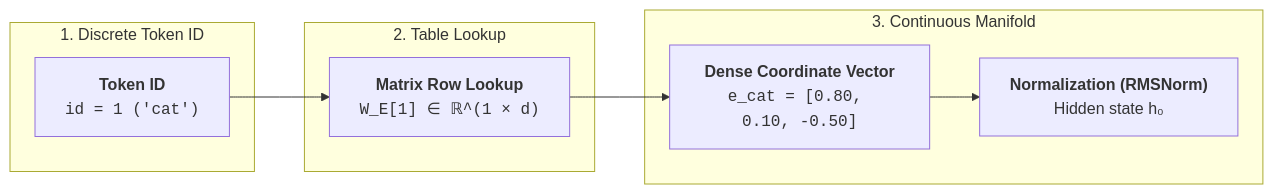
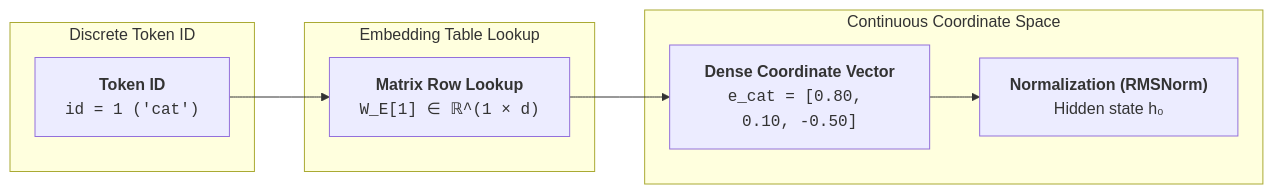
The diagram in content/foundations/embeddings.md (shotsan/llmnerd), drawn with Mermaid before and after one commit. The commit also changed 4 other files, not shown here.

Commit message:
style(mermaid): remove numbers from subgraph titles and overhaul cluster colors and typography

````diff
--- a/content/foundations/embeddings.md
+++ b/content/foundations/embeddings.md
@@ -28,17 +28,17 @@
 ```mermaid
 flowchart LR
-    subgraph S1["1. Discrete Token ID"]
+    subgraph S1["Discrete Token ID"]
         ID["<b>Token ID</b><br/><code>id = 1 ('cat')</code>"]
     end
 
-    subgraph S2["2. Table Lookup"]
+    subgraph S2["Embedding Table Lookup"]
         Slice["<b>Matrix Row Lookup</b><br/><code>W_E[1] ∈ ℝ^(1 × d)</code>"]
     end
 
-    subgraph S3["3. Continuous Manifold"]
+    subgraph S3["Continuous Coordinate Space"]
         Vec["<b>Dense Coordinate Vector</b><br/><code>e_cat = [0.80, 0.10, -0.50]</code>"]
         --> Norm["<b>Normalization (RMSNorm)</b><br/>Hidden state h₀"]
     end
 
     ID --> Slice --> Vec
 ```
````
